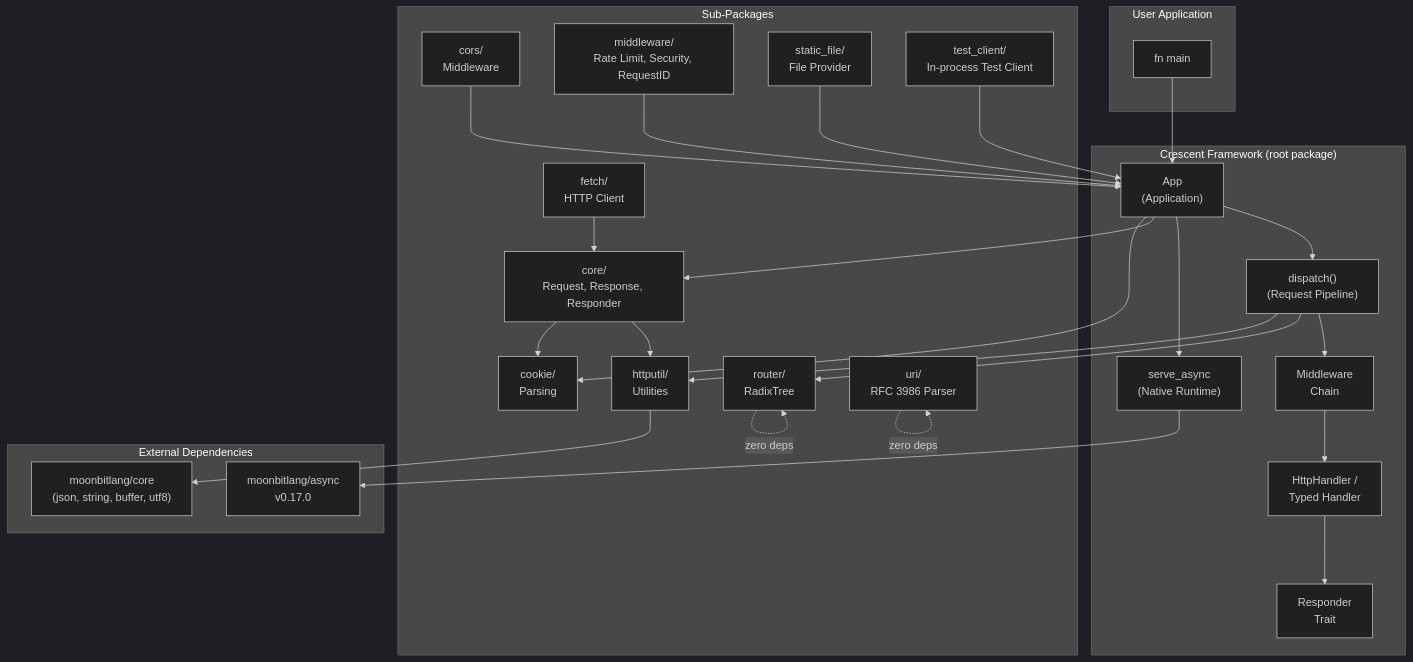
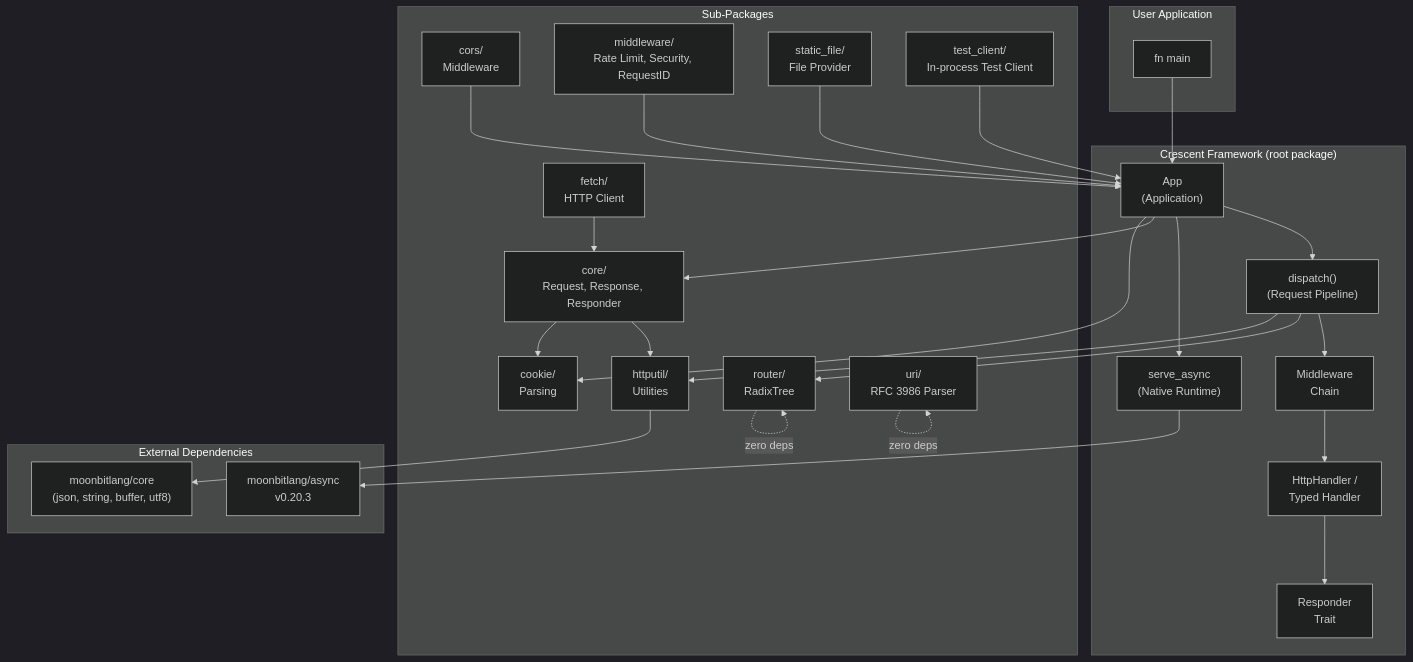
The first of 7 diagrams in ARCHITECTURE.md (moonbit-community/crescent), drawn with Mermaid (dark theme) before and after one commit. The commit also changed other lines of this file and 87 other files, not shown here.

````diff
--- a/ARCHITECTURE.md
+++ b/ARCHITECTURE.md
@@ -207,53 +207,53 @@
 ```mermaid
 graph TB
     subgraph "User Application"
         MAIN["fn main"]
     end
 
     subgraph "Crescent Framework (root package)"
         APP["App<br/>(Application)"]
         DISPATCH["dispatch()<br/>(Request Pipeline)"]
         MW["Middleware<br/>Chain"]
         HANDLER["HttpHandler /<br/>Typed Handler"]
         RESPONDER["Responder<br/>Trait"]
         SERVE["serve_async<br/>(Native Runtime)"]
     end
 
     subgraph "Sub-Packages"
         CORE_PKG["core/<br/>Request, Response, Responder"]
         ROUTER["router/<br/>RadixTree"]
         HTTP["httputil/<br/>Utilities"]
         COOKIE["cookie/<br/>Parsing"]
         CORS["cors/<br/>Middleware"]
         MIDDLEWARE["middleware/<br/>Rate Limit, Security, RequestID"]
         URI["uri/<br/>RFC 3986 Parser"]
         STATICFILE["static_file/<br/>File Provider"]
         FETCH["fetch/<br/>HTTP Client"]
         TESTCLIENT["test_client/<br/>In-process Test Client"]
     end
 
     subgraph "External Dependencies"
-        ASYNC["moonbitlang/async<br/>v0.17.0"]
+        ASYNC["moonbitlang/async<br/>v0.20.3"]
         CORE["moonbitlang/core<br/>(json, string, buffer, utf8)"]
     end
 
     MAIN --> APP
     APP --> DISPATCH
     DISPATCH --> MW --> HANDLER --> RESPONDER
     APP --> SERVE
     SERVE --> ASYNC
     APP --> CORE_PKG
     DISPATCH --> ROUTER
     DISPATCH --> HTTP
     APP --> COOKIE
     CORS --> APP
     MIDDLEWARE --> APP
     STATICFILE --> APP
     FETCH --> CORE_PKG
     TESTCLIENT --> APP
     CORE_PKG --> HTTP
     CORE_PKG --> COOKIE
     HTTP --> CORE
     ROUTER -.->|zero deps| ROUTER
     URI -.->|zero deps| URI
 ```
````
